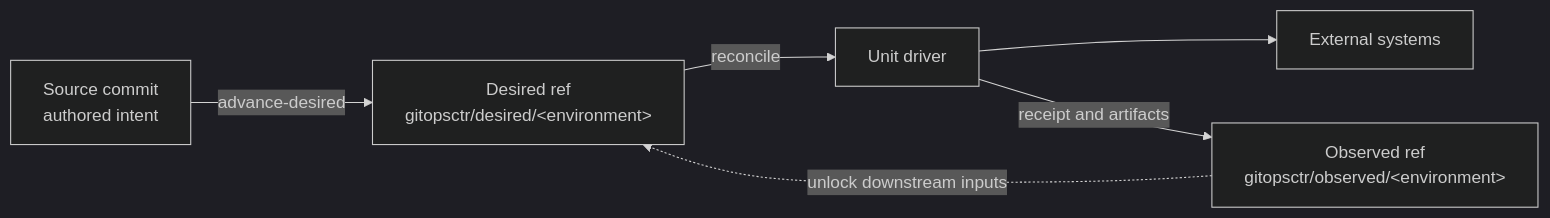
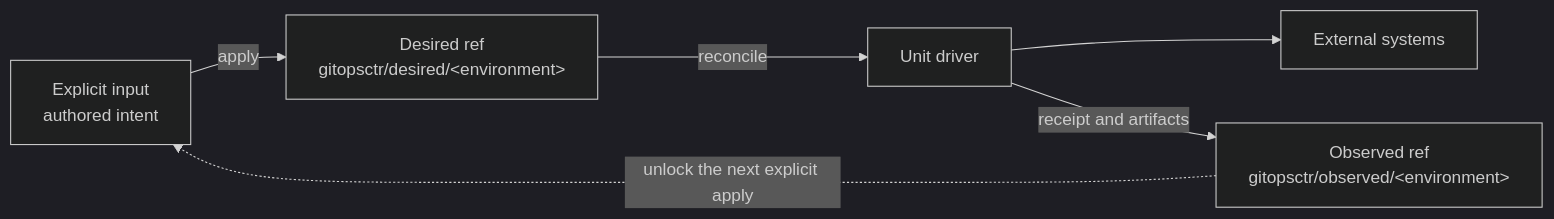
Before and after one commit to NiklasRosenstein/gitopsctr: the first of 2 diagrams in docs/concepts.md, drawn with Mermaid (dark theme). The commit also changed other lines of this file and 91 other files, not shown here.

Commit message:
Redefine desired state around explicit apply partitions

````diff
--- a/docs/concepts.md
+++ b/docs/concepts.md
@@ -6,8 +6,8 @@
 ```mermaid
 flowchart LR
-  source["Source commit<br/>authored intent"] -->|advance-desired| desired["Desired ref<br/>gitopsctr/desired/&lt;environment&gt;"]
+  source["Explicit input<br/>authored intent"] -->|apply| desired["Desired ref<br/>gitopsctr/desired/&lt;environment&gt;"]
   desired -->|reconcile| driver["Unit driver"]
   driver --> systems["External systems"]
   driver -->|receipt and artifacts| observed["Observed ref<br/>gitopsctr/observed/&lt;environment&gt;"]
-  observed -.->|unlock downstream inputs| desired
+  observed -.->|unlock the next explicit apply| source
 ```
````
